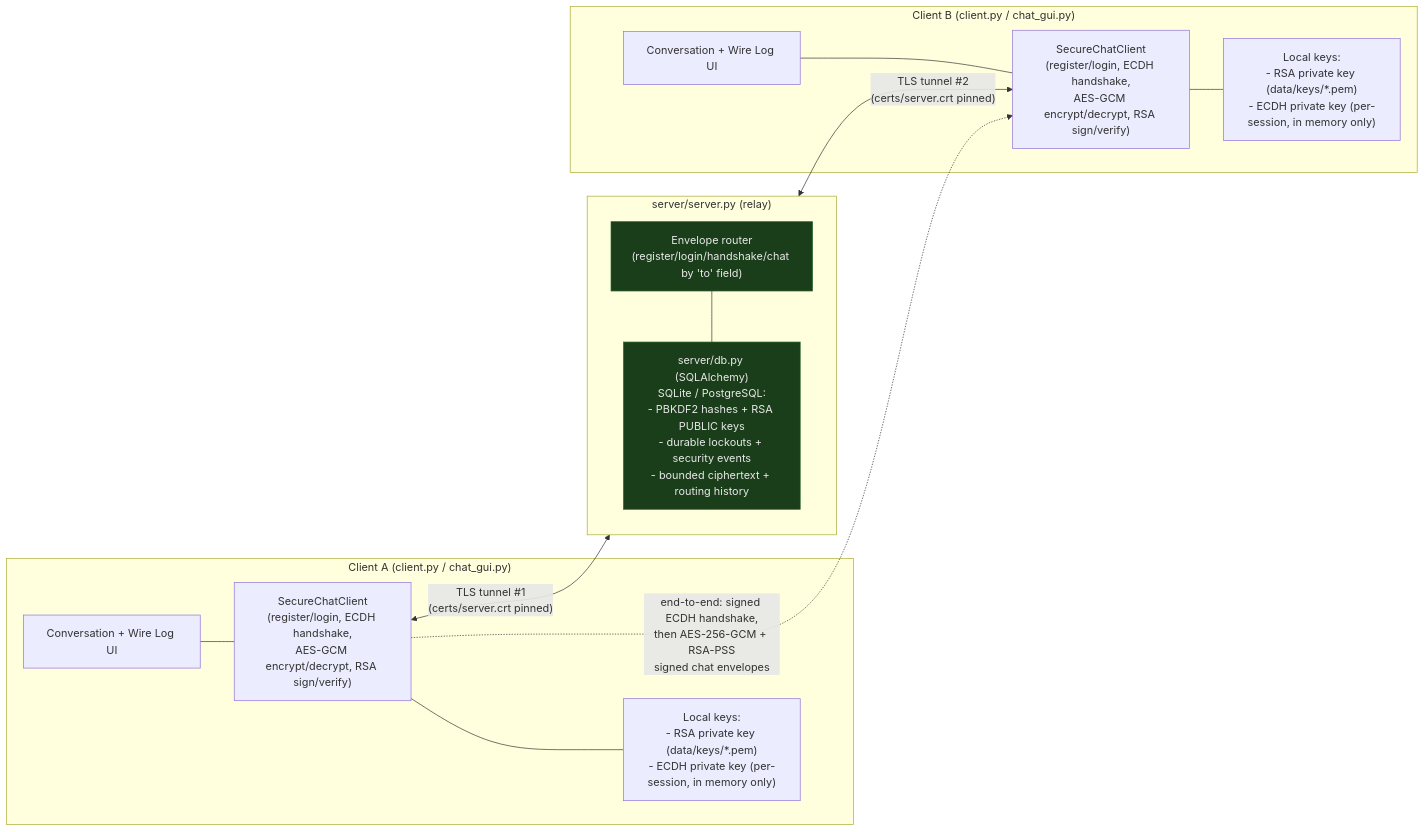
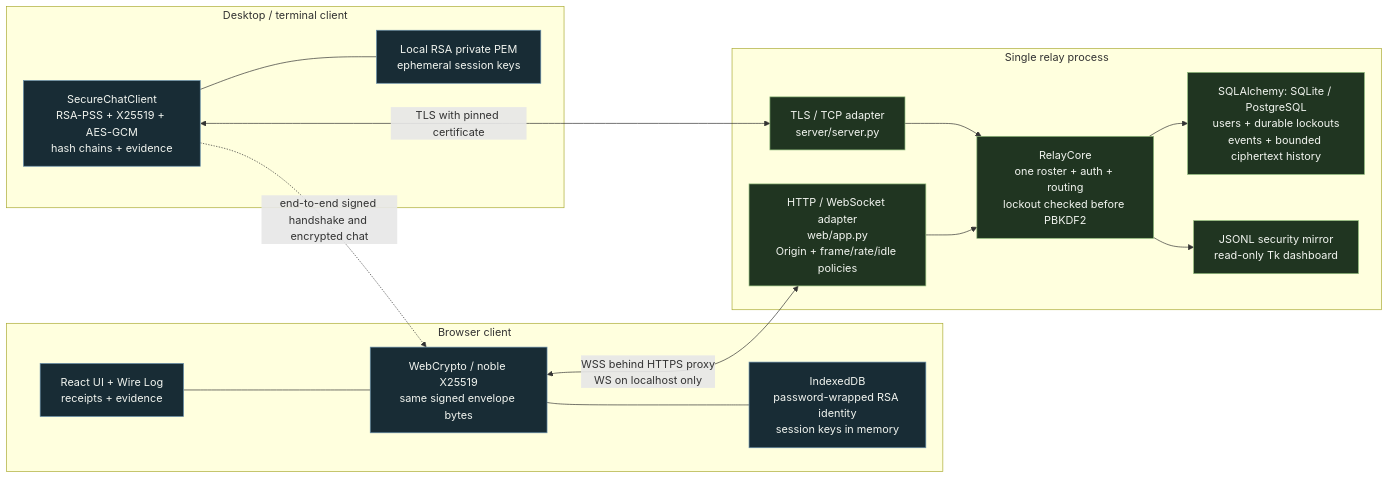
One commit to sharansp95-rgb/CNS-Project changed the diagram in docs/architecture.md. Above: the diagram before and after it, drawn with Mermaid. The commit also changed other lines of this file and 4 other files, not shown here.

Commit message:
Document browser client, regenerate architecture and extend demo launcher

````diff
--- a/docs/architecture.md
+++ b/docs/architecture.md
@@ -22,33 +24,33 @@
 ```mermaid
 flowchart LR
-    subgraph ClientA["Client A (client.py / chat_gui.py)"]
-        A_UI["Conversation + Wire Log UI"]
-        A_Logic["SecureChatClient\n(register/login, ECDH handshake,\nAES-GCM encrypt/decrypt, RSA sign/verify)"]
-        A_Keys["Local keys:\n- RSA private key (data/keys/*.pem)\n- ECDH private key (per-session, in memory only)"]
-        A_UI --- A_Logic
-        A_Logic --- A_Keys
+    subgraph Desktop["Desktop / terminal client"]
+        P["SecureChatClient<br/>RSA-PSS + X25519 + AES-GCM<br/>hash chains + evidence"]
+        PK["Local RSA private PEM<br/>ephemeral session keys"]
+        P --- PK
     end
-
-    subgraph ClientB["Client B (client.py / chat_gui.py)"]
-        B_UI["Conversation + Wire Log UI"]
-        B_Logic["SecureChatClient\n(register/login, ECDH handshake,\nAES-GCM encrypt/decrypt, RSA sign/verify)"]
-        B_Keys["Local keys:\n- RSA private key (data/keys/*.pem)\n- ECDH private key (per-session, in memory only)"]
-        B_UI --- B_Logic
-        B_Logic --- B_Keys
+    subgraph Browser["Browser client"]
+        UI["React UI + Wire Log<br/>receipts + evidence"]
+        C["WebCrypto / noble X25519<br/>same signed envelope bytes"]
+        BK["IndexedDB<br/>password-wrapped RSA identity<br/>session keys in memory"]
+        UI --- C
+        C --- BK
     end
-
-    subgraph Server["server/server.py (relay)"]
-        S_Route["Envelope router\n(register/login/handshake/chat by 'to' field)"]
-        S_Store["server/db.py (SQLAlchemy)\nSQLite / PostgreSQL:\n- PBKDF2 hashes + RSA PUBLIC keys\n- durable lockouts + security events\n- bounded ciphertext + routing history"]
-        S_Route --- S_Store
+    subgraph Relay["Single relay process"]
+        TCP["TLS / TCP adapter<br/>server/server.py"]
+        WS["HTTP / WebSocket adapter<br/>web/app.py<br/>Origin + frame/rate/idle policies"]
+        CORE["RelayCore<br/>one roster + auth + routing<br/>lockout checked before PBKDF2"]
+        DB["SQLAlchemy: SQLite / PostgreSQL<br/>users + durable lockouts<br/>events + bounded ciphertext history"]
+        LOG["JSONL security mirror<br/>read-only Tk dashboard"]
+        TCP --> CORE
+        WS --> CORE
+        CORE --> DB
+        CORE --> LOG
     end
-
-    A_Logic <-->|"TLS tunnel #1\n(certs/server.crt pinned)"| Server
-    Server <-->|"TLS tunnel #2\n(certs/server.crt pinned)"| B_Logic
-
-    A_Logic -.->|"end-to-end: signed ECDH handshake,\nthen AES-256-GCM + RSA-PSS\nsigned chat envelopes"| B_Logic
-
-    classDef canSee fill:#1a3d1a,color:#e8e8e8,stroke:#2f6b2f;
-    classDef cannotSee fill:#3d1a1a,color:#e8e8e8,stroke:#6b2f2f;
-    class S_Route,S_Store canSee;
+    P <-->|"TLS with pinned certificate"| TCP
+    C <-->|"WSS behind HTTPS proxy<br/>WS on localhost only"| WS
+    P -. "end-to-end signed handshake and encrypted chat" .-> C
+    classDef local fill:#182c35,color:#f2f5f0,stroke:#668eaa;
+    classDef relay fill:#203521,color:#f2f5f0,stroke:#8fba7a;
+    class P,PK,UI,C,BK local;
+    class TCP,WS,CORE,DB,LOG relay;
 ```
````
